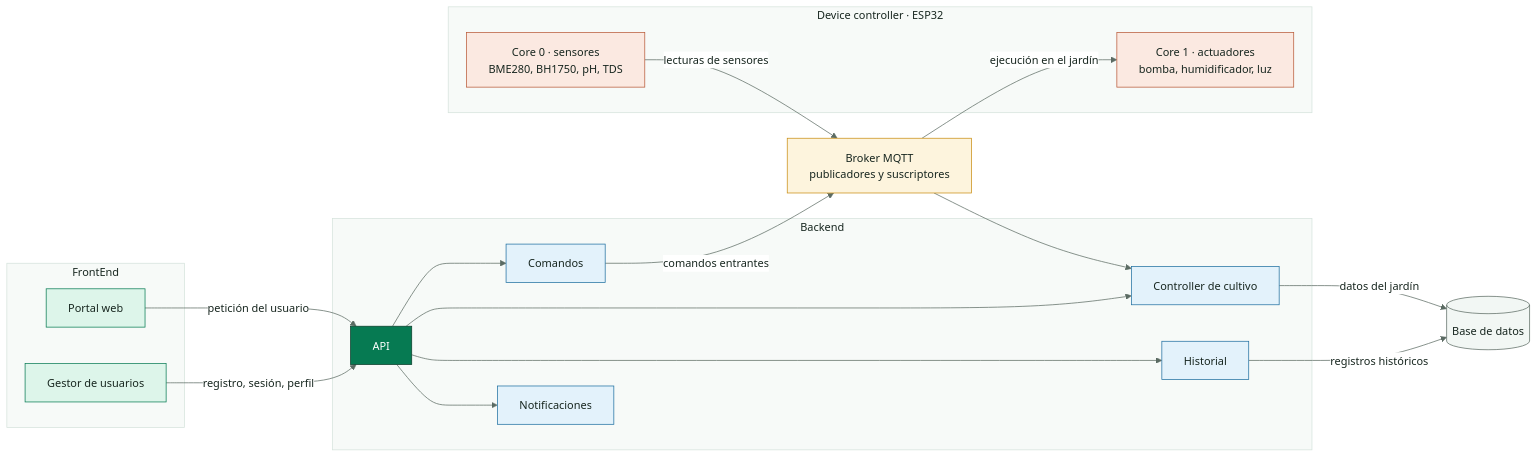
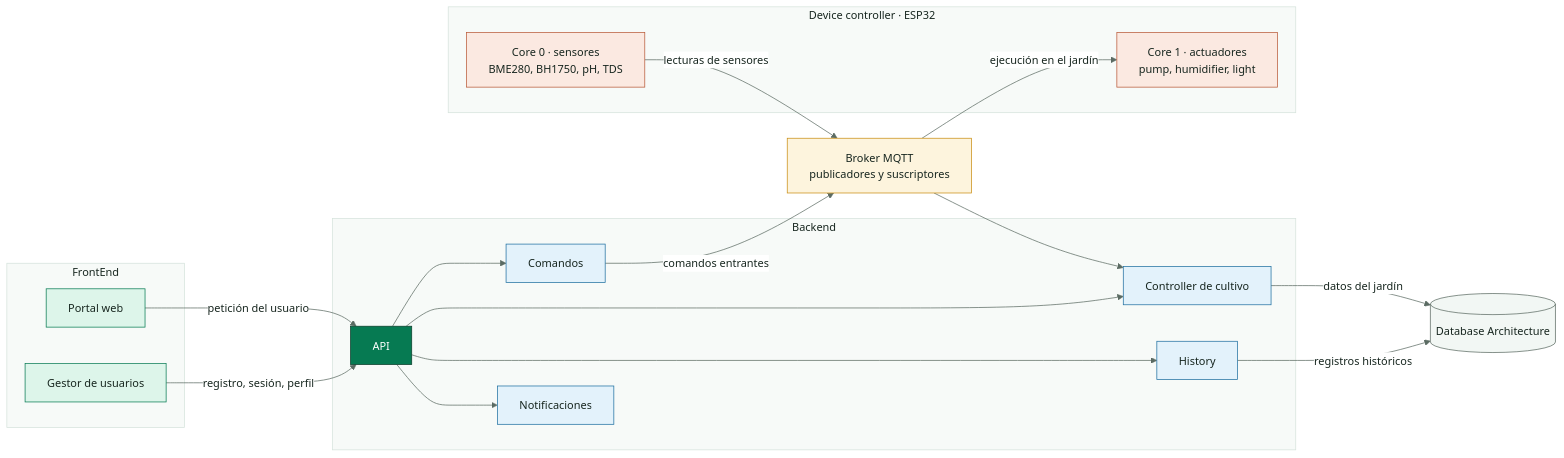
Before and after one commit to SmartPotTech/.github: the diagram in docs/diagrams/SmartPot_28_Original_Components.mmd, drawn with Mermaid. The commit also changed 186 other files, not shown here.

Commit message:
docs(specs): synchronize 100% english organization documentation, diagrams, and formal deliverables

```diff
--- a/docs/diagrams/SmartPot_28_Original_Components.mmd
+++ b/docs/diagrams/SmartPot_28_Original_Components.mmd
@@ -1,41 +1,41 @@
 %%{init: {"theme": "base", "fontFamily": "Segoe UI, Arial, sans-serif", "themeVariables": {"fontFamily": "Segoe UI, Arial, sans-serif", "fontSize": "15px", "primaryColor": "#DDF5EA", "primaryTextColor": "#17261F", "primaryBorderColor": "#067A52", "secondaryColor": "#E3F2FB", "secondaryTextColor": "#17261F", "secondaryBorderColor": "#1F6FA0", "tertiaryColor": "#F2F7F4", "tertiaryTextColor": "#17261F", "tertiaryBorderColor": "#D5E3DC", "lineColor": "#5B6B63", "textColor": "#17261F", "mainBkg": "#DDF5EA", "nodeBorder": "#067A52", "clusterBkg": "#F7FAF8", "clusterBorder": "#D5E3DC", "edgeLabelBackground": "#FFFFFF", "actorBkg": "#067A52", "actorBorder": "#0B3D2B", "actorTextColor": "#FFFFFF", "actorLineColor": "#5B6B63", "signalColor": "#17261F", "signalTextColor": "#17261F", "labelBoxBkgColor": "#0B3D2B", "labelBoxBorderColor": "#0B3D2B", "labelTextColor": "#FFFFFF", "loopTextColor": "#0B3D2B", "noteBkgColor": "#FDF4DD", "noteBorderColor": "#C98D12", "noteTextColor": "#17261F", "activationBkgColor": "#DDF5EA", "activationBorderColor": "#067A52", "attributeBackgroundColorOdd": "#FFFFFF", "attributeBackgroundColorEven": "#F2F7F4"}}}%%
 flowchart LR
   subgraph front["FrontEnd"]
     portal["Portal web"]
     gestor["Gestor de usuarios"]
   end
   subgraph back["Backend"]
     api["API"]
     comandos["Comandos"]
     controller["Controller de cultivo"]
-    historial["Historial"]
+    historial["History"]
     notificaciones["Notificaciones"]
   end
-  db[("Base de datos")]
+  db[("Database Architecture")]
   broker["Broker MQTT<br/>publicadores y suscriptores"]
   subgraph esp["Device controller · ESP32"]
     core0["Core 0 · sensores<br/>BME280, BH1750, pH, TDS"]
-    core1["Core 1 · actuadores<br/>bomba, humidificador, luz"]
+    core1["Core 1 · actuadores<br/>pump, humidifier, light"]
   end
   portal -->|"petición del usuario"| api
   gestor -->|"registro, sesión, perfil"| api
   api --> comandos & controller & historial & notificaciones
   historial -->|"registros históricos"| db
   controller -->|"datos del jardín"| db
   comandos -->|"comandos entrantes"| broker
   broker -->|"ejecución en el jardín"| core1
   core0 -->|"lecturas de sensores"| broker
   broker --> controller
   classDef leaf fill:#DDF5EA,stroke:#067A52,color:#17261F
   classDef water fill:#E3F2FB,stroke:#1F6FA0,color:#17261F
   classDef sun fill:#FDF4DD,stroke:#C98D12,color:#17261F
   classDef clay fill:#FBE9E1,stroke:#B85A38,color:#17261F
   classDef core fill:#067A52,stroke:#0B3D2B,color:#FFFFFF
   classDef deep fill:#0B3D2B,stroke:#06281C,color:#FFFFFF
   classDef muted fill:#F2F7F4,stroke:#5B6B63,color:#17261F
   class portal,gestor leaf
   class api core
   class comandos,controller,historial,notificaciones water
   class db muted
   class broker sun
   class core0,core1 clay
```
